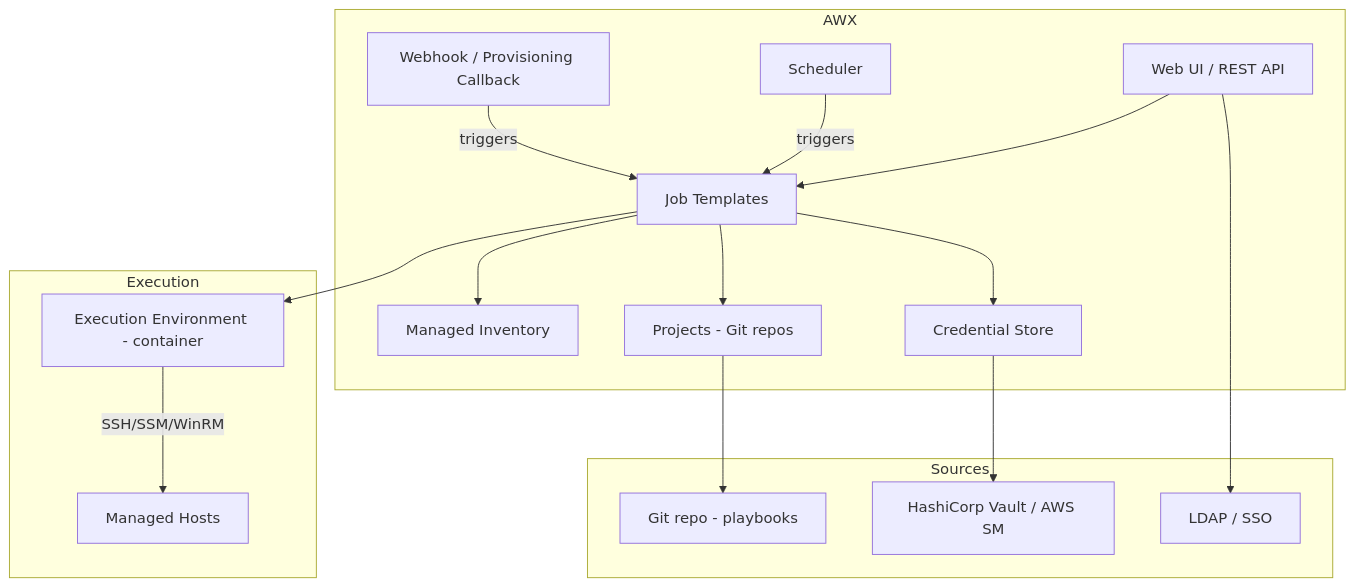
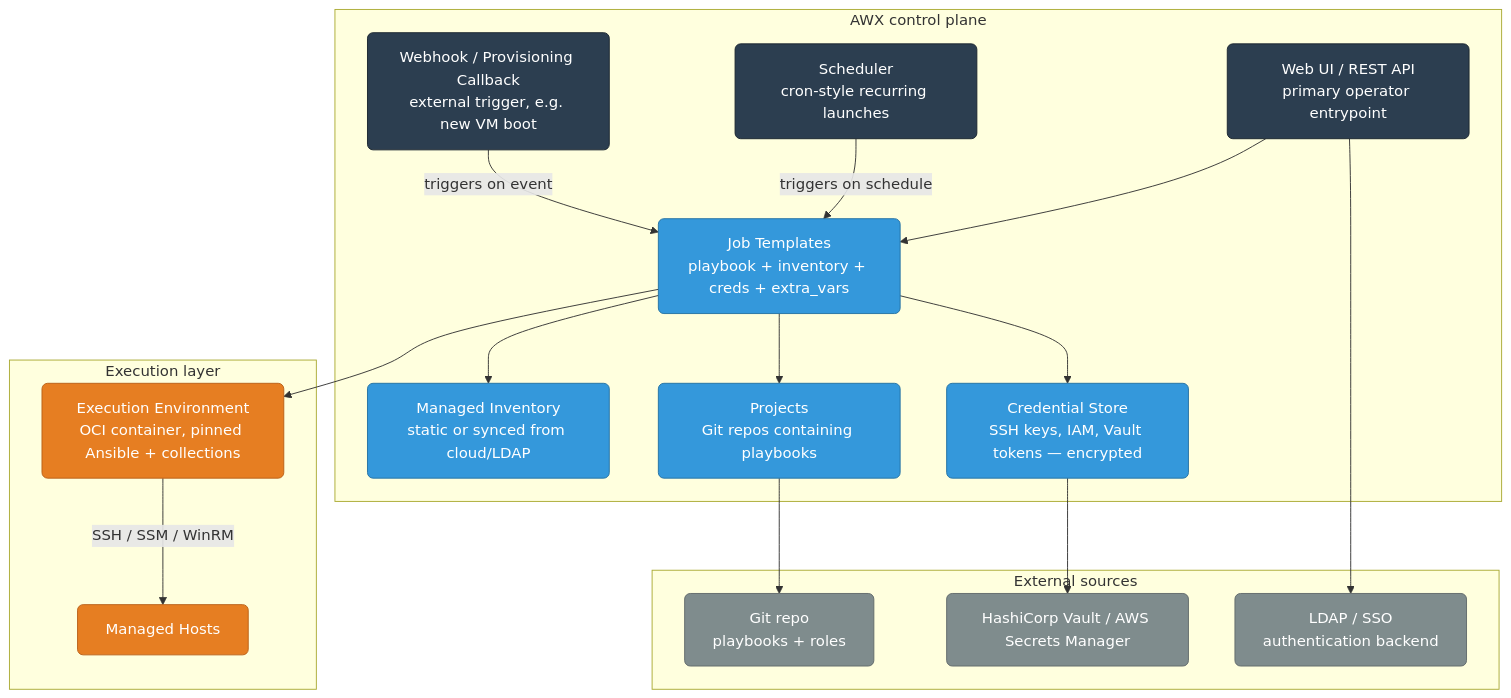
Before and after one commit to deepanshu-rawat6/DevOpsIndex: the second of 3 diagrams in iac/ansible/advanced.md, drawn with Mermaid. The commit also changed other lines of this file and 17 other files, not shown here.

````diff
--- a/iac/ansible/advanced.md
+++ b/iac/ansible/advanced.md
@@ -335,37 +395,42 @@
 ```mermaid
 graph TD
-    subgraph AWX
-        UI[Web UI / REST API]
-        JobTemplates[Job Templates]
-        Inventory[Managed Inventory]
-        Credentials[Credential Store]
-        Projects[Projects - Git repos]
-        Scheduler[Scheduler]
-        CallbackURL[Webhook / Provisioning Callback]
+    classDef control fill:#2c3e50,stroke:#1a252f,color:#fff,rx:6
+    classDef config fill:#3498db,stroke:#2471a3,color:#fff,rx:6
+    classDef exec fill:#e67e22,stroke:#ba6018,color:#fff,rx:6
+    classDef source fill:#7f8c8d,stroke:#616a6b,color:#fff,rx:6
+
+    subgraph AWX["AWX control plane"]
+        UI["Web UI / REST API<br/>primary operator entrypoint"]:::control
+        JobTemplates["Job Templates<br/>playbook + inventory + creds + extra_vars"]:::config
+        Inventory["Managed Inventory<br/>static or synced from cloud/LDAP"]:::config
+        Credentials["Credential Store<br/>SSH keys, IAM, Vault tokens — encrypted"]:::config
+        Projects["Projects<br/>Git repos containing playbooks"]:::config
+        Scheduler["Scheduler<br/>cron-style recurring launches"]:::control
+        CallbackURL["Webhook / Provisioning Callback<br/>external trigger, e.g. new VM boot"]:::control
     end
 
     UI --> JobTemplates
     JobTemplates --> Inventory
     JobTemplates --> Credentials
     JobTemplates --> Projects
-    Scheduler -->|triggers| JobTemplates
-    CallbackURL -->|triggers| JobTemplates
+    Scheduler -->|"triggers on schedule"| JobTemplates
+    CallbackURL -->|"triggers on event"| JobTemplates
 
-    subgraph Execution
-        EE[Execution Environment - container]
-        ManagedHosts[Managed Hosts]
+    subgraph Execution["Execution layer"]
+        EE["Execution Environment<br/>OCI container, pinned Ansible + collections"]:::exec
+        ManagedHosts["Managed Hosts"]:::exec
     end
 
     JobTemplates --> EE
-    EE -->|SSH/SSM/WinRM| ManagedHosts
+    EE -->|"SSH / SSM / WinRM"| ManagedHosts
 
-    subgraph Sources
-        Git[Git repo - playbooks]
-        Vault[HashiCorp Vault / AWS SM]
-        LDAP[LDAP / SSO]
+    subgraph Sources["External sources"]
+        Git["Git repo<br/>playbooks + roles"]:::source
+        Vault["HashiCorp Vault / AWS Secrets Manager"]:::source
+        LDAP["LDAP / SSO<br/>authentication backend"]:::source
     end
 
     Projects --> Git
     Credentials --> Vault
     UI --> LDAP
 ```
````
